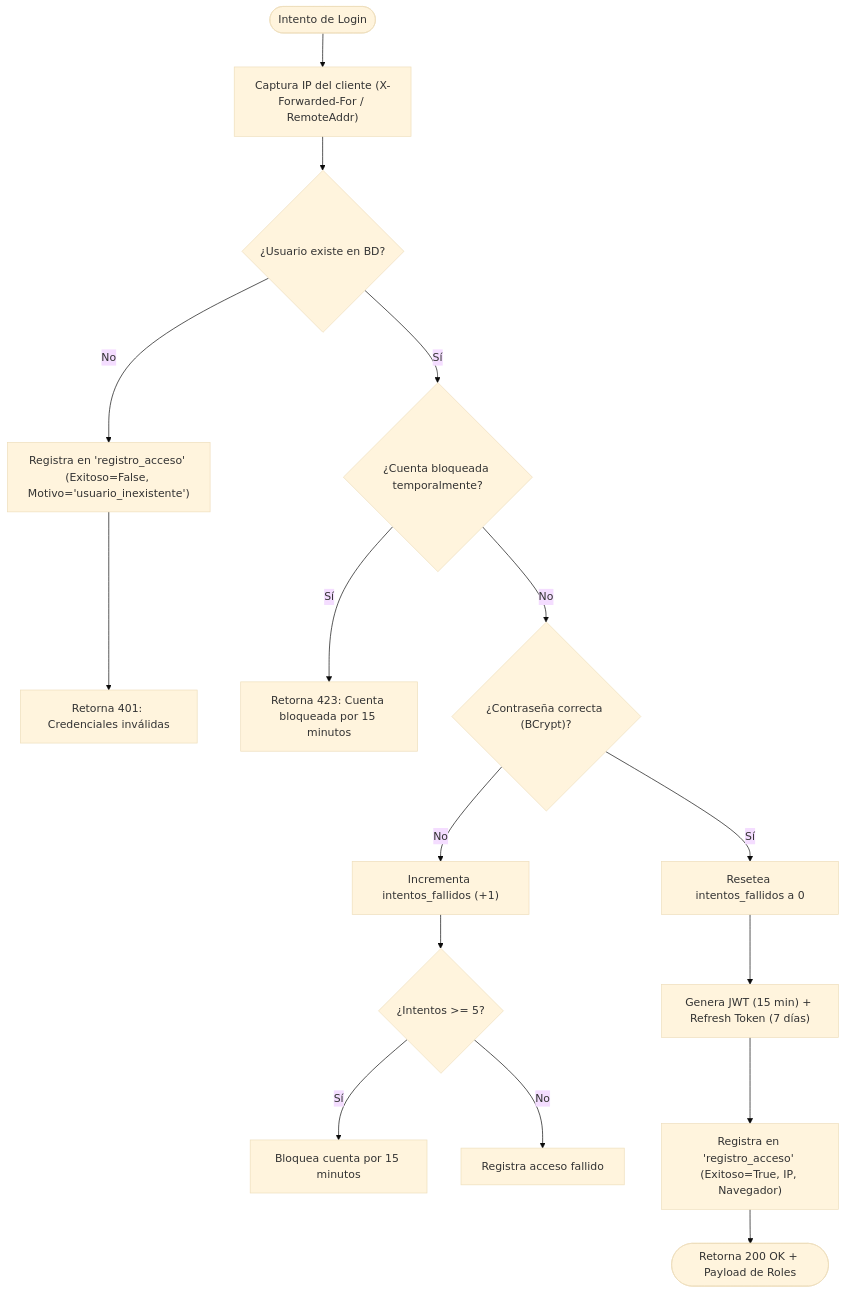
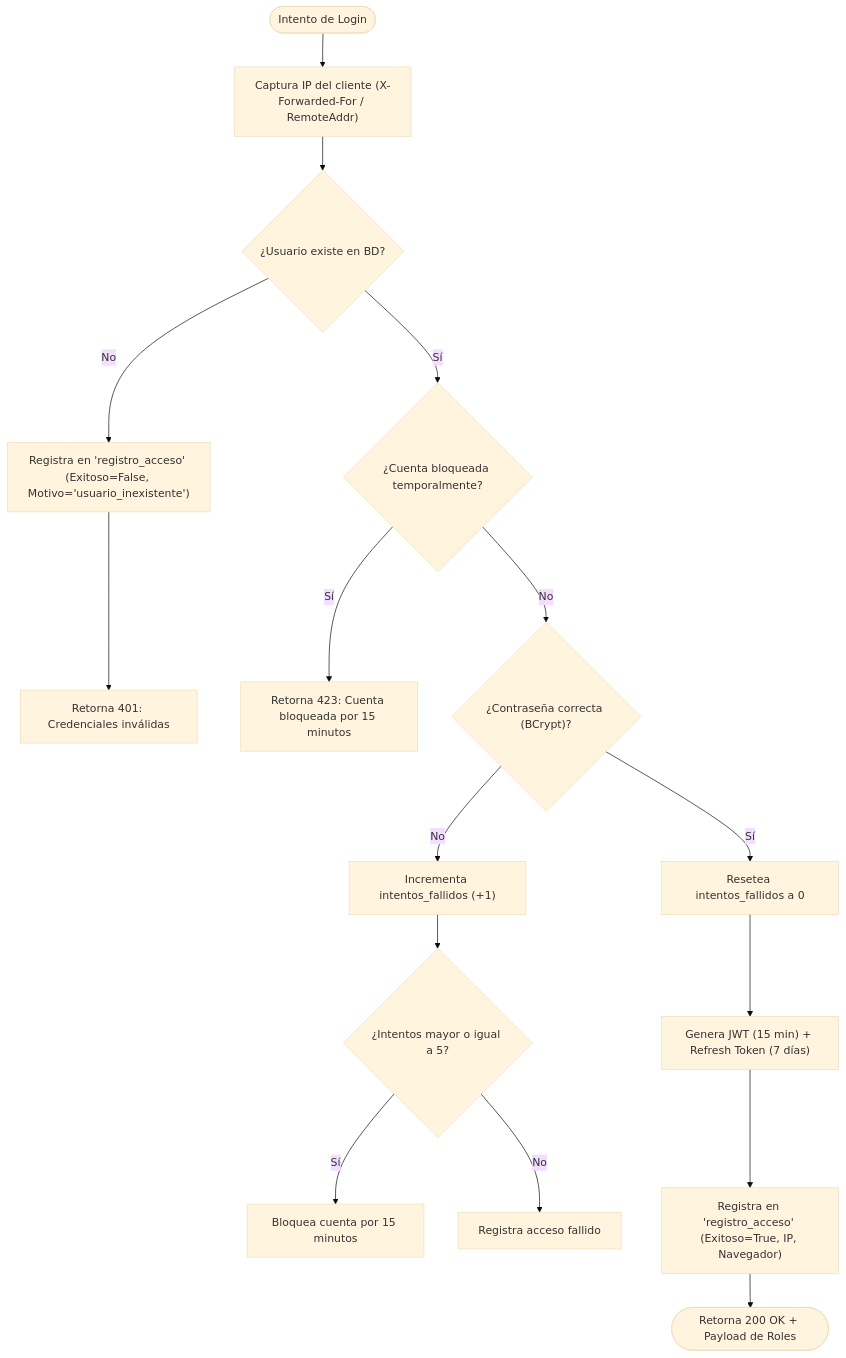
One commit to MrCarlos17A/TechZone changed the third of 3 diagrams in README.md. Above: the diagram before and after it, drawn with Mermaid (base theme). The commit also changed other lines of this file, not shown here.

Commit message:
fix(docs): corregir sintaxis mermaid en diagramas de flujo del README

````diff
--- a/README.md
+++ b/README.md
@@ -129,21 +134,21 @@
 ```mermaid
 flowchart TD
     START(["Intento de Login"]) --> CAPTURA["Captura IP del cliente (X-Forwarded-For / RemoteAddr)"]
     CAPTURA --> BUSCA{"¿Usuario existe en BD?"}
     
     BUSCA -- No --> LOG_FAIL1["Registra en 'registro_acceso' (Exitoso=False, Motivo='usuario_inexistente')"] --> RET_401["Retorna 401: Credenciales inválidas"]
     
     BUSCA -- Sí --> CHECK_LOCK{"¿Cuenta bloqueada temporalmente?"}
     CHECK_LOCK -- Sí --> RET_423["Retorna 423: Cuenta bloqueada por 15 minutos"]
     
     CHECK_LOCK -- No --> PASS{"¿Contraseña correcta (BCrypt)?"}
     PASS -- No --> INC_FAIL["Incrementa intentos_fallidos (+1)"]
-    INC_FAIL --> REACH_LIMIT{"¿Intentos >= 5?"}
+    INC_FAIL --> REACH_LIMIT{"¿Intentos mayor o igual a 5?"}
     REACH_LIMIT -- Sí --> LOCK_USER["Bloquea cuenta por 15 minutos"]
     REACH_LIMIT -- No --> LOG_FAIL2["Registra acceso fallido"]
     
     PASS -- Sí --> RESET["Resetea intentos_fallidos a 0"]
     RESET --> GEN_JWT["Genera JWT (15 min) + Refresh Token (7 días)"]
     GEN_JWT --> LOG_OK["Registra en 'registro_acceso' (Exitoso=True, IP, Navegador)"]
     LOG_OK --> SEND_TOKEN(["Retorna 200 OK + Payload de Roles"])
 ```
````
